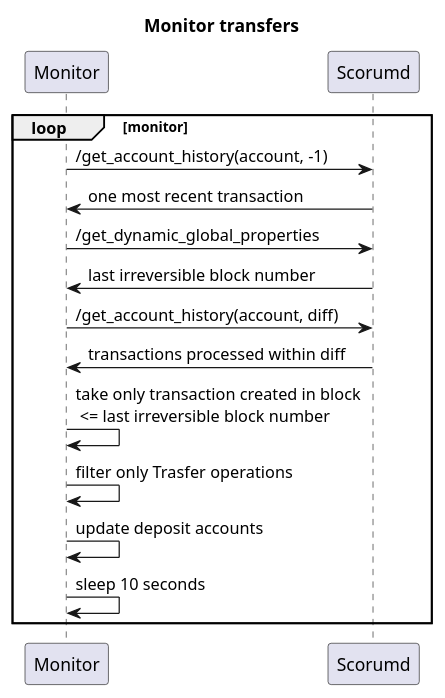
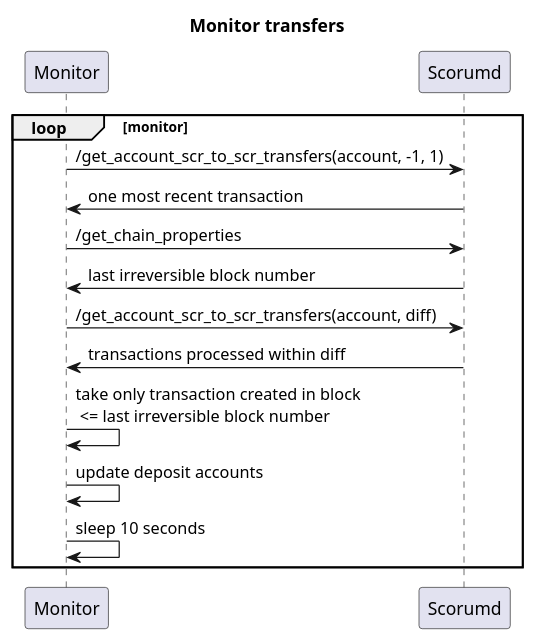
Before and after one commit to scorum/scorum-go: the diagram in examples/deposits/diagrams/monitor.wsd, drawn with PlantUML. The commit also changed 11 other files, not shown here.

Commit message:
get_chain properties, get_account_scr_to_scr_transfers

```diff
--- a/examples/deposits/diagrams/monitor.wsd
+++ b/examples/deposits/diagrams/monitor.wsd
@@ -1,13 +1,12 @@
 title Monitor transfers
 loop monitor
-Monitor->Scorumd: /get_account_history(account, -1)
+Monitor->Scorumd: /get_account_scr_to_scr_transfers(account, -1, 1)
 Scorumd->Monitor: one most recent transaction
-Monitor->Scorumd: /get_dynamic_global_properties
+Monitor->Scorumd: /get_chain_properties
 Scorumd->Monitor: last irreversible block number
-Monitor->Scorumd: /get_account_history(account, diff)
+Monitor->Scorumd: /get_account_scr_to_scr_transfers(account, diff)
 Scorumd->Monitor: transactions processed within diff
 Monitor->Monitor: take only transaction created in block \n <= last irreversible block number
-Monitor->Monitor: filter only Trasfer operations
 Monitor->Monitor: update deposit accounts
 Monitor->Monitor: sleep 10 seconds
 end
```
